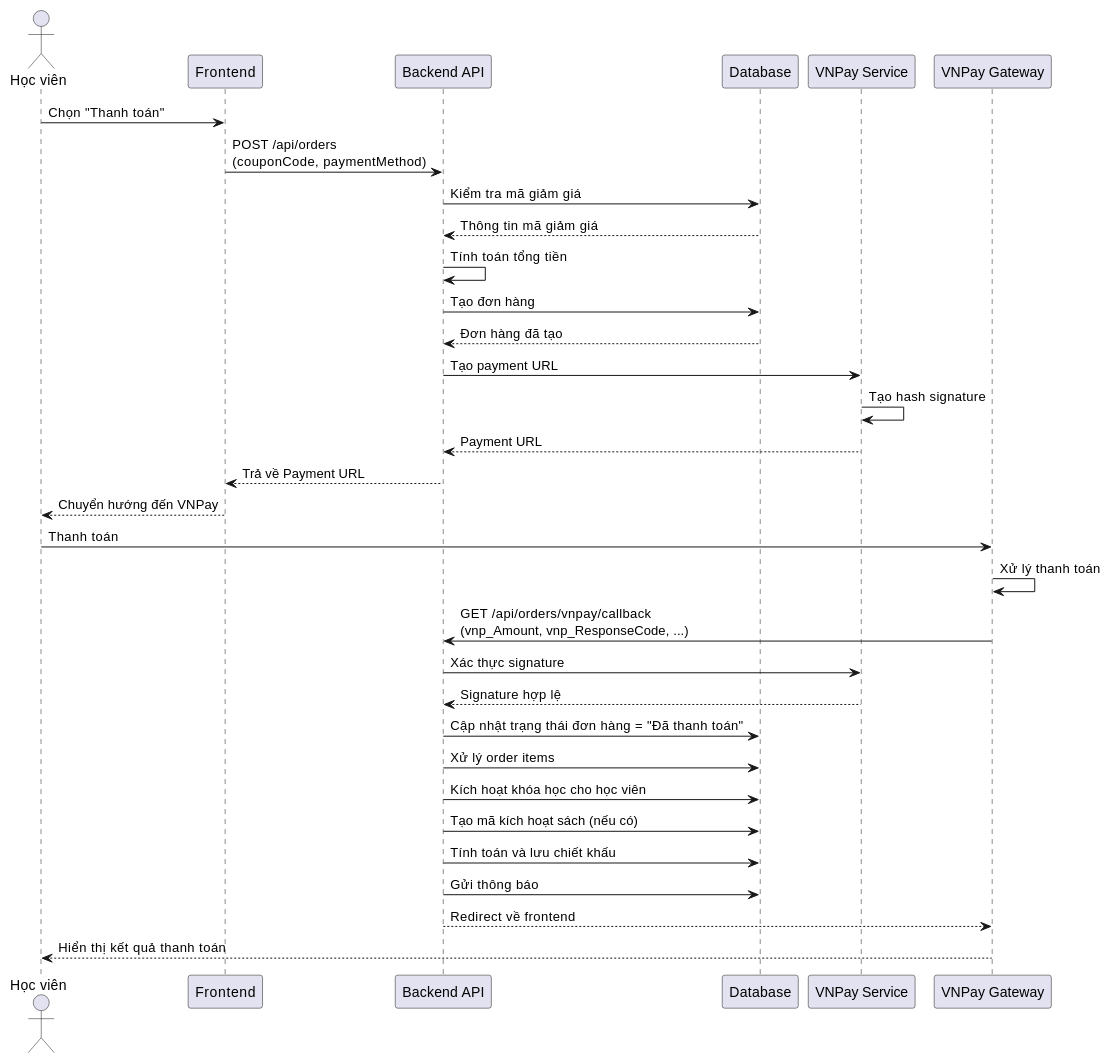
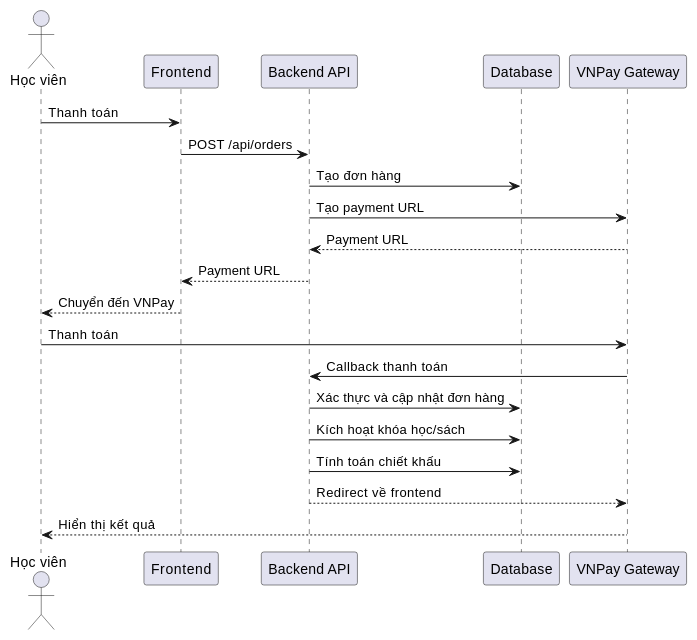
One commit to ngocnghia81/KhoiTriSo-PHP changed the ninth of 18 diagrams in khoitriso-be/BIEU_DO_UML.md. Above: the diagram before and after it, drawn with PlantUML. The commit also changed other lines of this file and 23 other files, not shown here.

````diff
--- a/khoitriso-be/BIEU_DO_UML.md
+++ b/khoitriso-be/BIEU_DO_UML.md
@@ -376,38 +226,26 @@
 ```plantuml
 @startuml
 actor "Học viên" as Student
 participant "Frontend" as FE
 participant "Backend API" as API
 participant "Database" as DB
-participant "VNPay Service" as VNPay
 participant "VNPay Gateway" as Gateway
 
-Student -> FE: Chọn "Thanh toán"
-FE -> API: POST /api/orders\n(couponCode, paymentMethod)
-API -> DB: Kiểm tra mã giảm giá
-DB --> API: Thông tin mã giảm giá
-API -> API: Tính toán tổng tiền
+Student -> FE: Thanh toán
+FE -> API: POST /api/orders
 API -> DB: Tạo đơn hàng
-DB --> API: Đơn hàng đã tạo
-API -> VNPay: Tạo payment URL
-VNPay -> VNPay: Tạo hash signature
-VNPay --> API: Payment URL
-API --> FE: Trả về Payment URL
-FE --> Student: Chuyển hướng đến VNPay
+API -> Gateway: Tạo payment URL
+Gateway --> API: Payment URL
+API --> FE: Payment URL
+FE --> Student: Chuyển đến VNPay
 
 Student -> Gateway: Thanh toán
-Gateway -> Gateway: Xử lý thanh toán
-Gateway -> API: GET /api/orders/vnpay/callback\n(vnp_Amount, vnp_ResponseCode, ...)
-API -> VNPay: Xác thực signature
-VNPay --> API: Signature hợp lệ
-API -> DB: Cập nhật trạng thái đơn hàng = "Đã thanh toán"
-API -> DB: Xử lý order items
-API -> DB: Kích hoạt khóa học cho học viên
-API -> DB: Tạo mã kích hoạt sách (nếu có)
-API -> DB: Tính toán và lưu chiết khấu
-API -> DB: Gửi thông báo
+Gateway -> API: Callback thanh toán
+API -> DB: Xác thực và cập nhật đơn hàng
+API -> DB: Kích hoạt khóa học/sách
+API -> DB: Tính toán chiết khấu
 API --> Gateway: Redirect về frontend
-Gateway --> Student: Hiển thị kết quả thanh toán
+Gateway --> Student: Hiển thị kết quả
 
 @enduml
 ```
````
